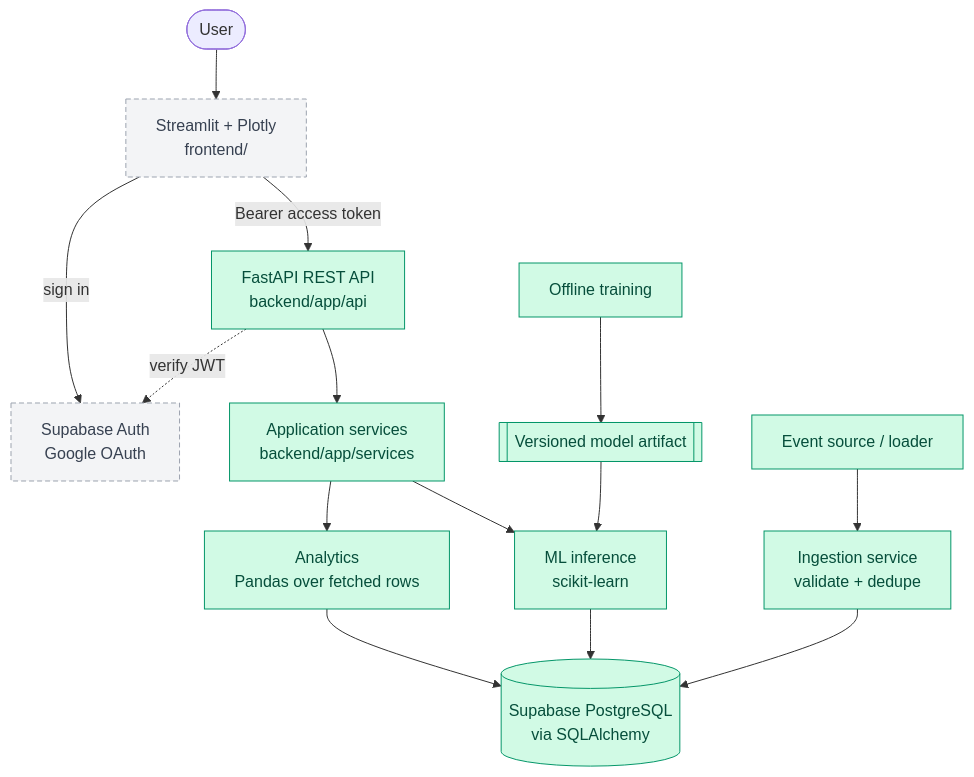
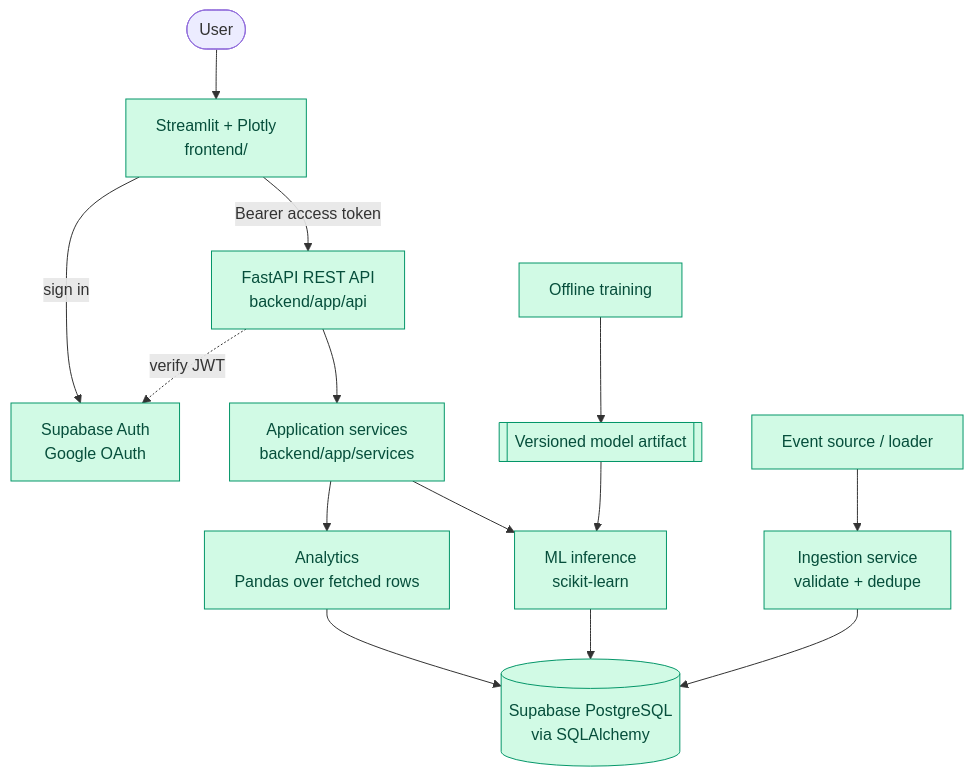
The first of 2 diagrams in docs/02-architecture.md (yashdiwan12/Churnscope), drawn with Mermaid before and after one commit. The commit also changed other lines of this file and 9 other files, not shown here.

````diff
--- a/docs/02-architecture.md
+++ b/docs/02-architecture.md
@@ -5,21 +5,20 @@
 ```mermaid
 flowchart TD
     user([User]) --> ui["Streamlit + Plotly<br/>frontend/"]
     ui -- "sign in" --> auth["Supabase Auth<br/>Google OAuth"]
     ui -- "Bearer access token" --> api["FastAPI REST API<br/>backend/app/api"]
     api -. "verify JWT" .-> auth
     api --> svc["Application services<br/>backend/app/services"]
     svc --> an["Analytics<br/>Pandas over fetched rows"]
     svc --> inf["ML inference<br/>scikit-learn"]
     an --> db[("Supabase PostgreSQL<br/>via SQLAlchemy")]
     inf --> db
     src["Event source / loader"] --> ing["Ingestion service<br/>validate + dedupe"]
     ing --> db
     train["Offline training"] --> art[["Versioned model artifact"]]
     art --> inf
 
-    class api,svc,an,ing,db,src,inf,train,art built
-    class ui,auth planned
+    class ui,auth,api,svc,an,ing,db,src,inf,train,art built
     classDef built fill:#d1fae5,stroke:#059669,color:#064e3b
     classDef planned fill:#f3f4f6,stroke:#9ca3af,stroke-dasharray: 5 3,color:#374151
 ```
````
